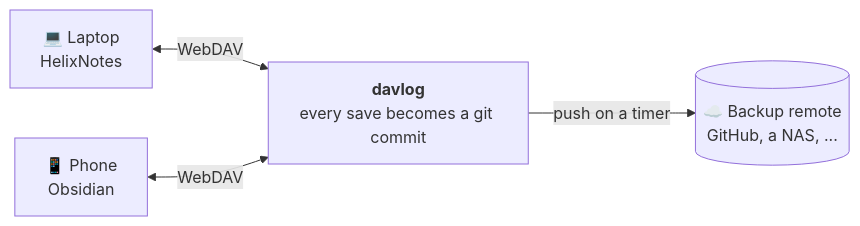
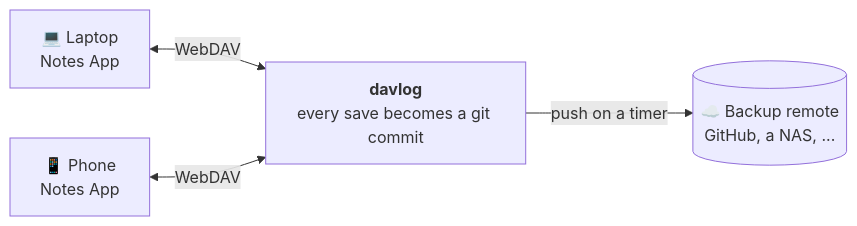
Before and after one commit to cbenning/davlog: the diagram in README.md, drawn with Mermaid. The commit also changed other lines of this file, not shown here.

Commit message:
docs: label both devices in the diagram as the same notes app

````diff
--- a/README.md
+++ b/README.md
@@ -29,11 +29,11 @@
 ```mermaid
 flowchart LR
-    laptop["💻 Laptop<br/>HelixNotes"]
-    phone["📱 Phone<br/>Obsidian"]
+    laptop["💻 Laptop<br/>Notes App"]
+    phone["📱 Phone<br/>Notes App"]
     davlog["<b>davlog</b><br/>every save becomes a git commit"]
     backup[("☁️ Backup remote<br/>GitHub, a NAS, ...")]
 
     laptop <-->|WebDAV| davlog
     phone <-->|WebDAV| davlog
     davlog -->|push on a timer| backup
 ```
````
